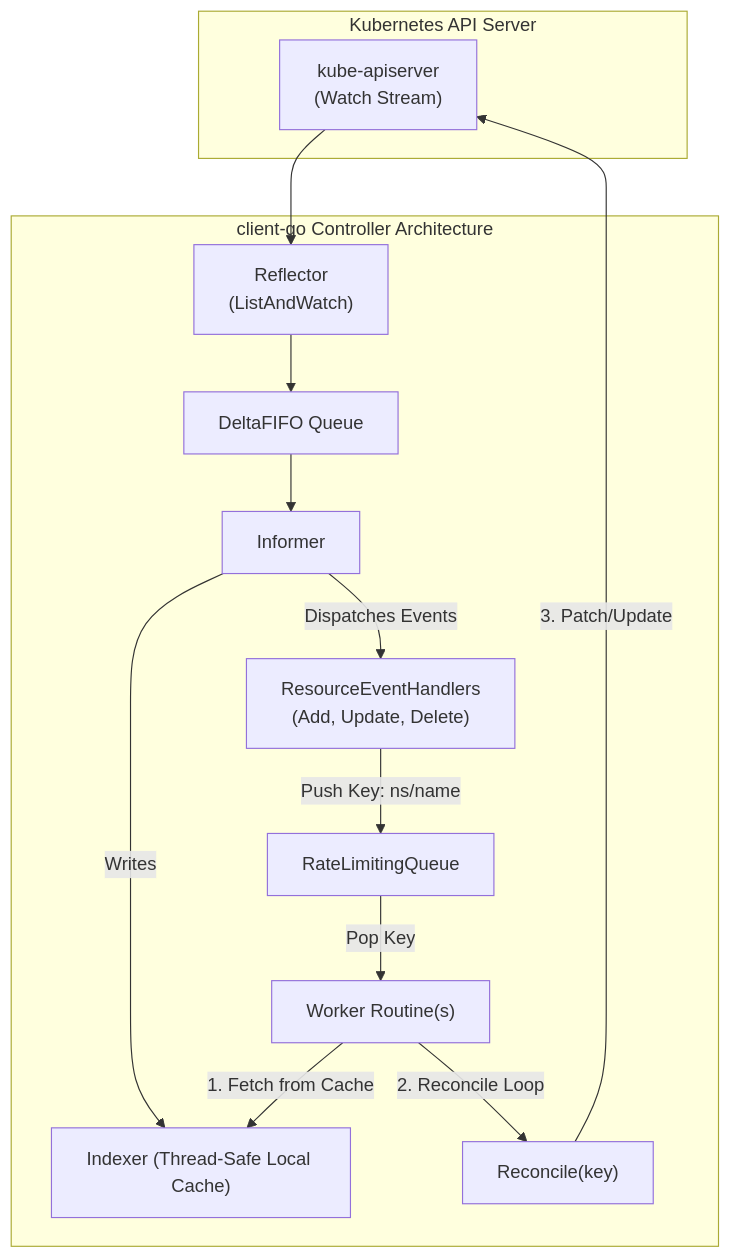
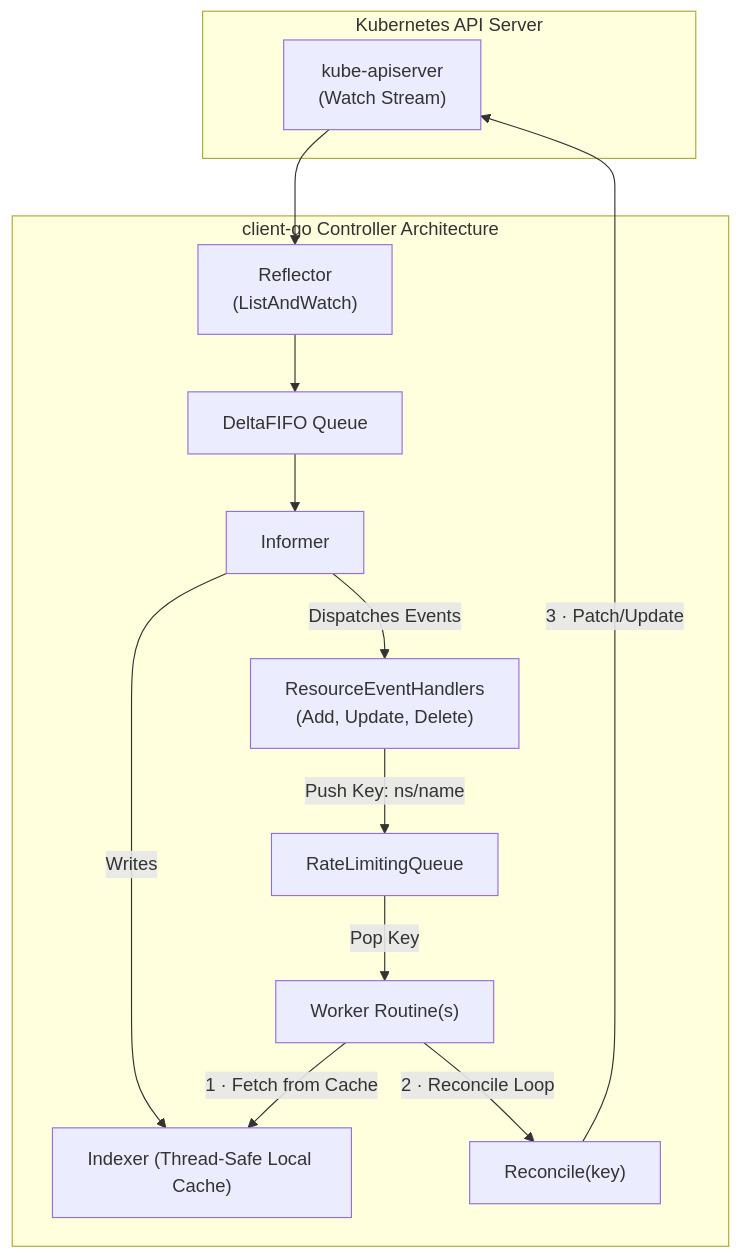
Before and after one commit to darshan-raul/cloudnative-wiki: the diagram in content/Kubernetes/client-go.md, drawn with Mermaid. The commit also changed 94 other files, not shown here.

````diff
--- a/content/Kubernetes/client-go.md
+++ b/content/Kubernetes/client-go.md
@@ -14,20 +14,20 @@
 ```mermaid
 flowchart TD
     subgraph ControlPlane["Kubernetes API Server"]
         API["kube-apiserver<br/>(Watch Stream)"]
     end
 
     subgraph ClientGoArchitecture["client-go Controller Architecture"]
         Reflector["Reflector<br/>(ListAndWatch)"] --> DeltaFIFO["DeltaFIFO Queue"]
         DeltaFIFO --> Informer["Informer"]
         Informer -->|Writes| Indexer["Indexer (Thread-Safe Local Cache)"]
         Informer -->|Dispatches Events| Handlers["ResourceEventHandlers<br/>(Add, Update, Delete)"]
         Handlers -->|Push Key: ns/name| WorkQueue["RateLimitingQueue"]
         WorkQueue -->|Pop Key| Worker["Worker Routine(s)"]
-        Worker -->|1. Fetch from Cache| Indexer
-        Worker -->|2. Reconcile Loop| Reconcile["Reconcile(key)"]
-        Reconcile -->|3. Patch/Update| API
+        Worker -->|1 · Fetch from Cache| Indexer
+        Worker -->|2 · Reconcile Loop| Reconcile["Reconcile(key)"]
+        Reconcile -->|3 · Patch/Update| API
     end
 
     API --> Reflector
 ```
````
